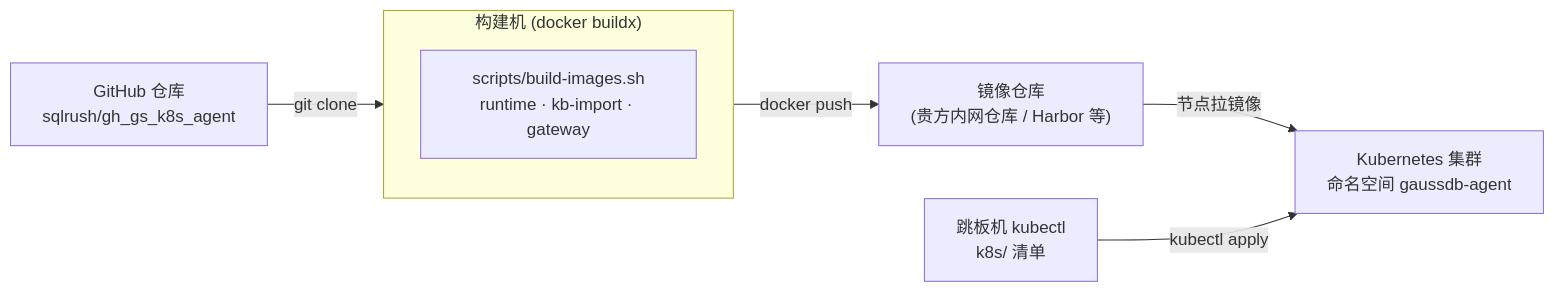
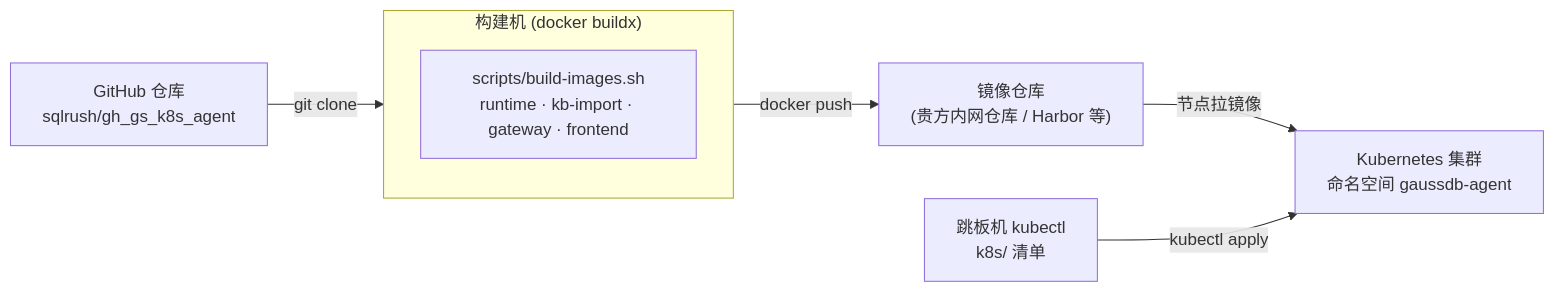
Before and after one commit to sqlrush/gh_gs_k8s_agent: the first of 4 diagrams in docs/从源码构建到K8s运行-完整手册.md, drawn with Mermaid. The commit also changed other lines of this file and 488 other files, not shown here.

````diff
--- a/docs/从源码构建到K8s运行-完整手册.md
+++ b/docs/从源码构建到K8s运行-完整手册.md
@@ -29,10 +30,10 @@
 ```mermaid
 flowchart LR
     GH["GitHub 仓库<br/>sqlrush/gh_gs_k8s_agent"] -->|git clone| BUILD
     subgraph BUILD["构建机 (docker buildx)"]
-        B1["scripts/build-images.sh<br/>runtime · kb-import · gateway"]
+        B1["scripts/build-images.sh<br/>runtime · kb-import · gateway · frontend"]
     end
     BUILD -->|docker push| REG["镜像仓库<br/>(贵方内网仓库 / Harbor 等)"]
     REG -->|节点拉镜像| K8S["Kubernetes 集群<br/>命名空间 gaussdb-agent"]
     KUBECTL["跳板机 kubectl<br/>k8s/ 清单"] -->|kubectl apply| K8S
 ```
````
